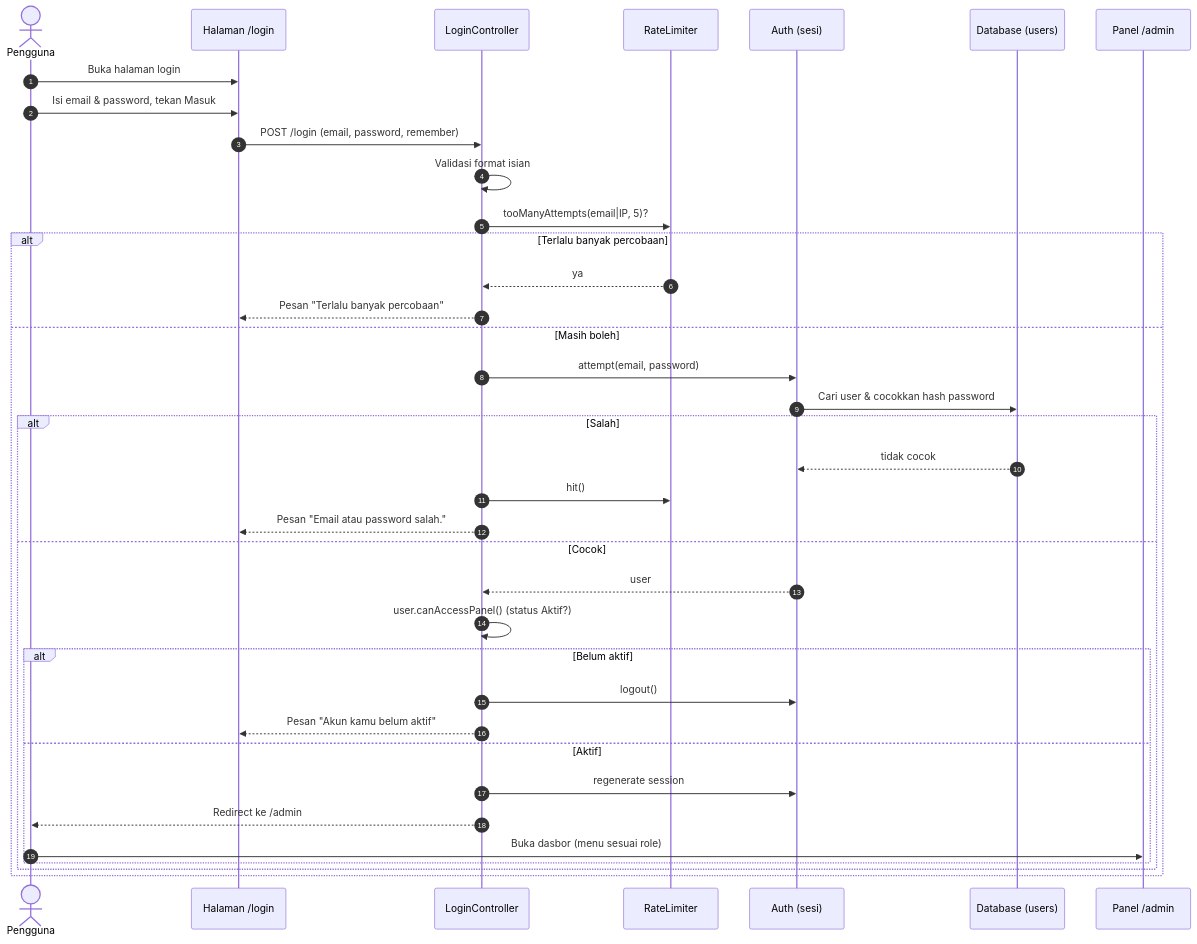
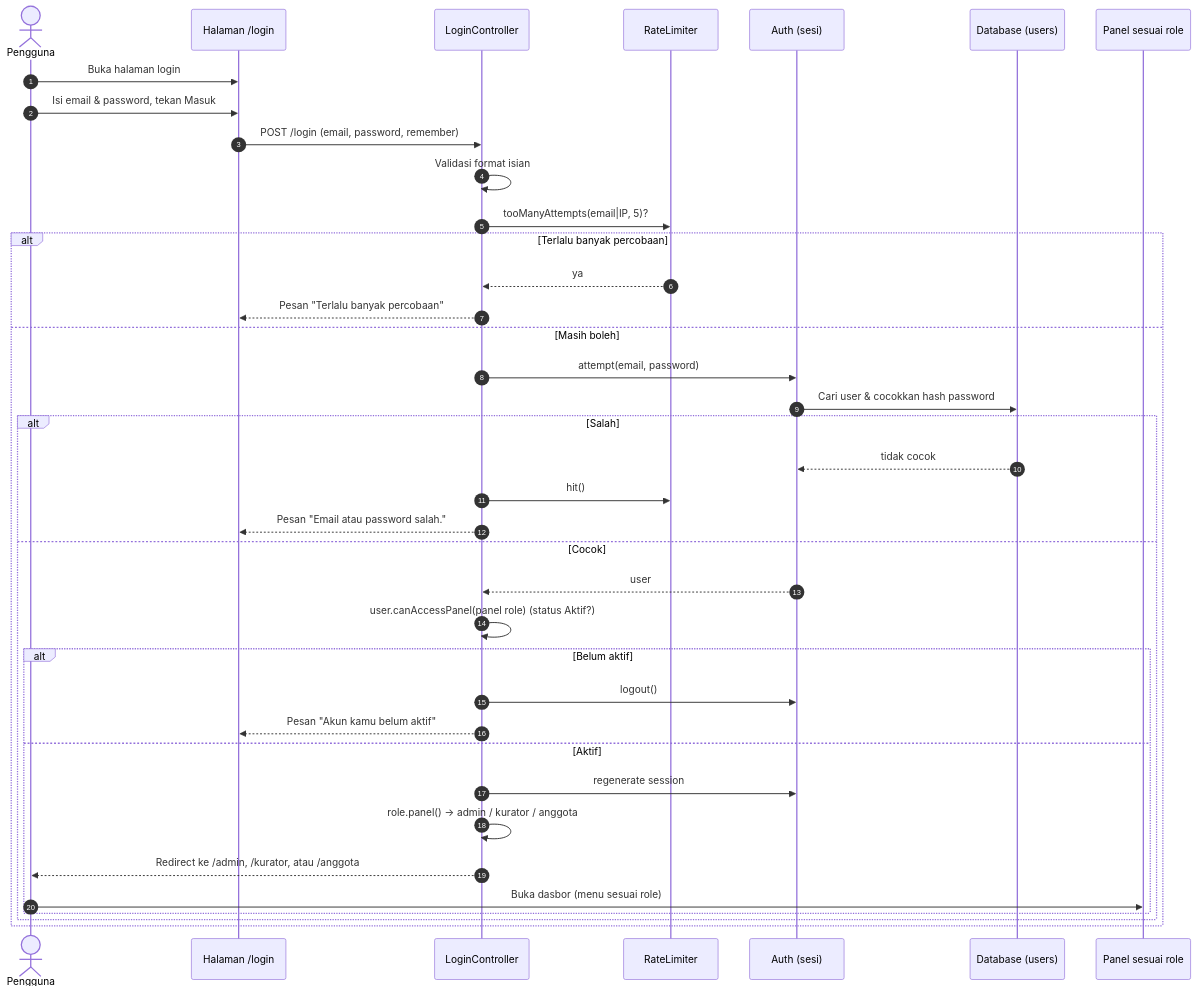
One commit to alwi-web/UKM-PHOTOHRAPHY-UNIVERSITAS-PANCASILA changed the fifth of 9 diagrams in docs/uml.md. Above: the diagram before and after it, drawn with Mermaid. The commit also changed other lines of this file and 12 other files, not shown here.

First line of the commit message:
docs: perbarui UML dan ERD (nominasi foto mingguan, pencarian karya, panel per peran)

````diff
--- a/docs/uml.md
+++ b/docs/uml.md
@@ -165,40 +175,41 @@
 ```mermaid
 sequenceDiagram
     autonumber
     actor U as Pengguna
     participant V as Halaman /login
     participant C as LoginController
     participant RL as RateLimiter
     participant A as Auth (sesi)
     participant DB as Database (users)
-    participant P as Panel /admin
+    participant P as Panel sesuai role
 
     U->>V: Buka halaman login
     U->>V: Isi email & password, tekan Masuk
     V->>C: POST /login (email, password, remember)
     C->>C: Validasi format isian
     C->>RL: tooManyAttempts(email|IP, 5)?
     alt Terlalu banyak percobaan
         RL-->>C: ya
         C-->>V: Pesan "Terlalu banyak percobaan"
     else Masih boleh
         C->>A: attempt(email, password)
         A->>DB: Cari user & cocokkan hash password
         alt Salah
             DB-->>A: tidak cocok
             C->>RL: hit()
             C-->>V: Pesan "Email atau password salah."
         else Cocok
             A-->>C: user
-            C->>C: user.canAccessPanel() (status Aktif?)
+            C->>C: user.canAccessPanel(panel role) (status Aktif?)
             alt Belum aktif
                 C->>A: logout()
                 C-->>V: Pesan "Akun kamu belum aktif"
             else Aktif
                 C->>A: regenerate session
-                C-->>U: Redirect ke /admin
+                C->>C: role.panel() → admin / kurator / anggota
+                C-->>U: Redirect ke /admin, /kurator, atau /anggota
                 U->>P: Buka dasbor (menu sesuai role)
             end
         end
     end
 ```
````
